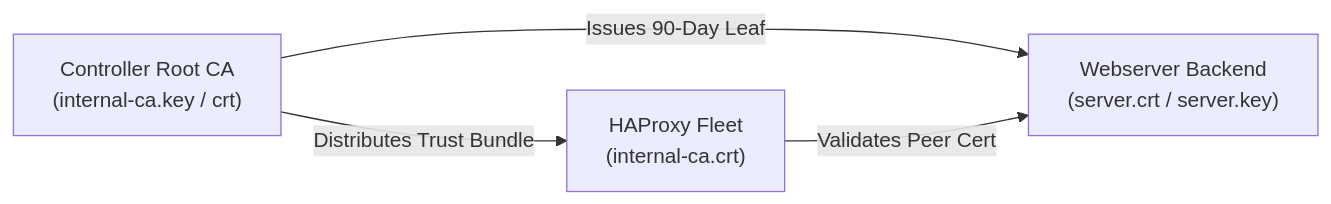
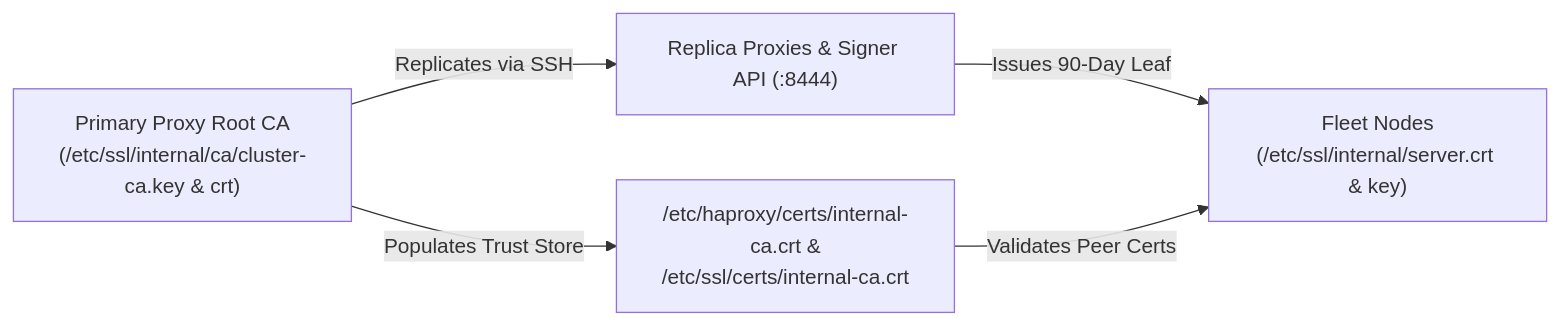
One commit to RedKrieg/infrastructure-maintenance changed the diagram in docs/secret-rotation-and-key-management.md. Above: the diagram before and after it, drawn with Mermaid. The commit also changed other lines of this file and 10 other files, not shown here.

````diff
--- a/docs/secret-rotation-and-key-management.md
+++ b/docs/secret-rotation-and-key-management.md
@@ -206,6 +206,7 @@
 ```mermaid
 flowchart LR
-    RootCA["Controller Root CA<br>(internal-ca.key / crt)"] -->|Issues 90-Day Leaf| Web["Webserver Backend<br>(server.crt / server.key)"]
-    RootCA -->|Distributes Trust Bundle| Proxy["HAProxy Fleet<br>(internal-ca.crt)"]
-    Proxy -->|Validates Peer Cert| Web
+    RootCA["Primary Proxy Root CA<br>(/etc/ssl/internal/ca/cluster-ca.key & crt)"] -->|Replicates via SSH| PeerProxy["Replica Proxies & Signer API (:8444)"]
+    PeerProxy -->|Issues 90-Day Leaf| Fleet["Fleet Nodes<br>(/etc/ssl/internal/server.crt & key)"]
+    RootCA -->|Populates Trust Store| Trust["/etc/haproxy/certs/internal-ca.crt &<br>/etc/ssl/certs/internal-ca.crt"]
+    Trust -->|Validates Peer Certs| Fleet
 ```
````
